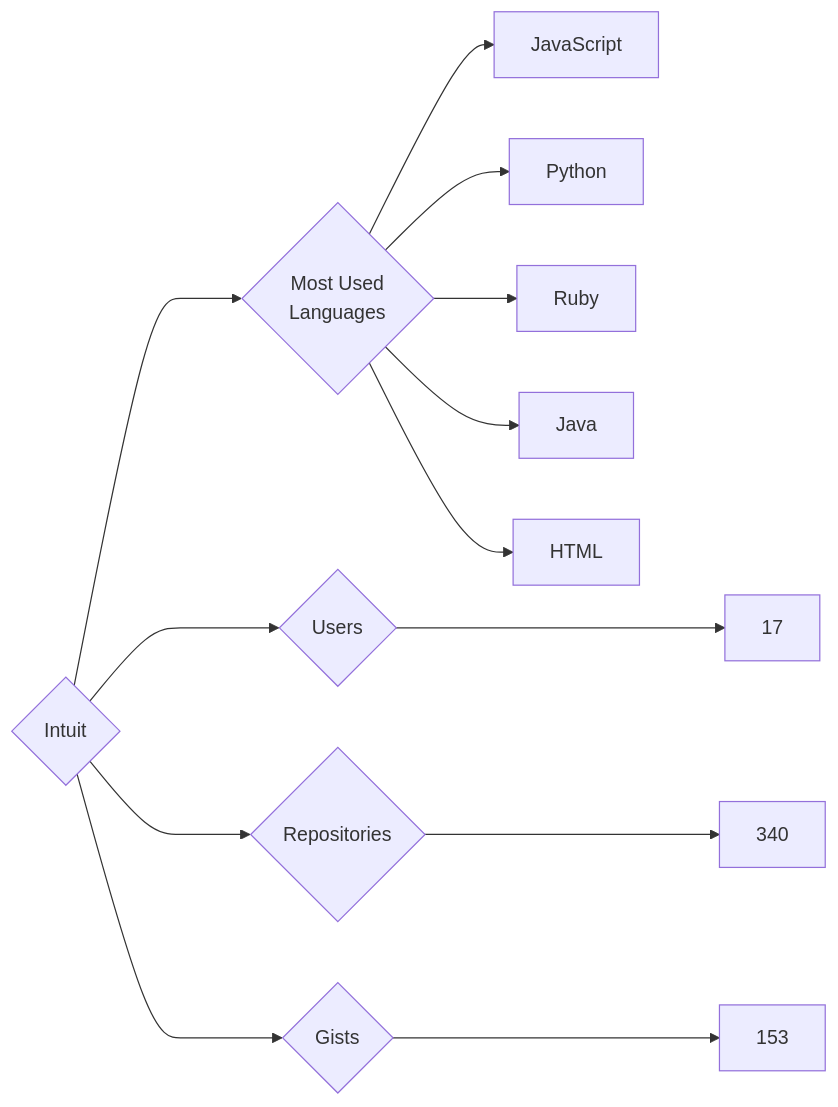
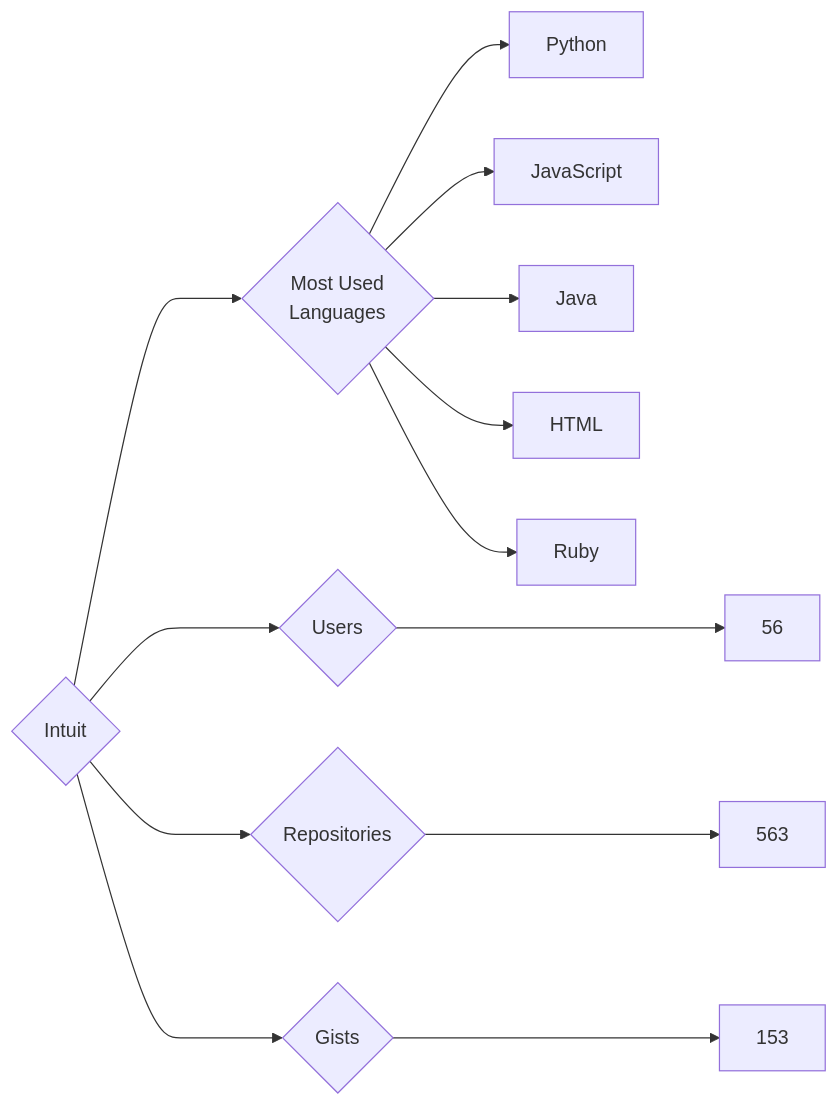
One commit to trickest/insiders changed the diagram in targets/Intuit/README.md. Above: the diagram before and after it, drawn with Mermaid. The commit also changed 736 other files, not shown here.

````diff
--- a/targets/Intuit/README.md
+++ b/targets/Intuit/README.md
@@ -3,13 +3,13 @@
 ```mermaid
 graph LR
 COMPANY_NAME{Intuit}
-COMPANY_NAME ---> U{Users} ---> UN[17]
-COMPANY_NAME ---> R{Repositories} ---> RN[340]
+COMPANY_NAME ---> U{Users} ---> UN[56]
+COMPANY_NAME ---> R{Repositories} ---> RN[563]
 COMPANY_NAME ---> G{Gists} ---> GN[153]
 COMPANY_NAME ---> ML{Most Used<br>Languages}
+ML --> Python[Python]
 ML --> JavaScript[JavaScript]
-ML --> Python[Python]
-ML --> Ruby[Ruby]
 ML --> Java[Java]
 ML --> HTML[HTML]
+ML --> Ruby[Ruby]
 ```
````
